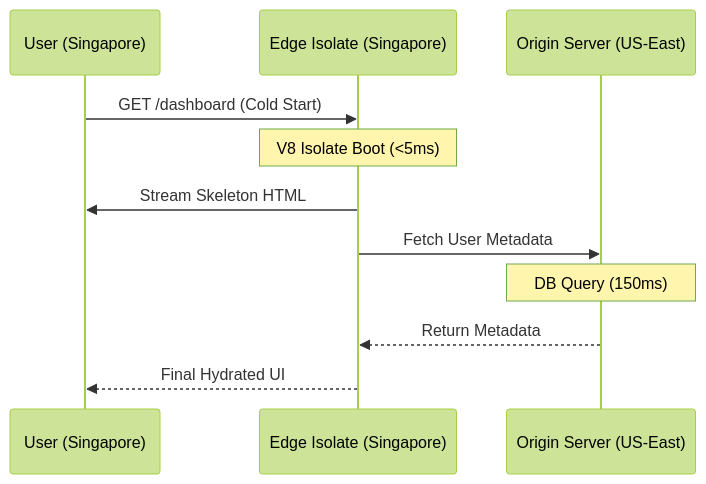
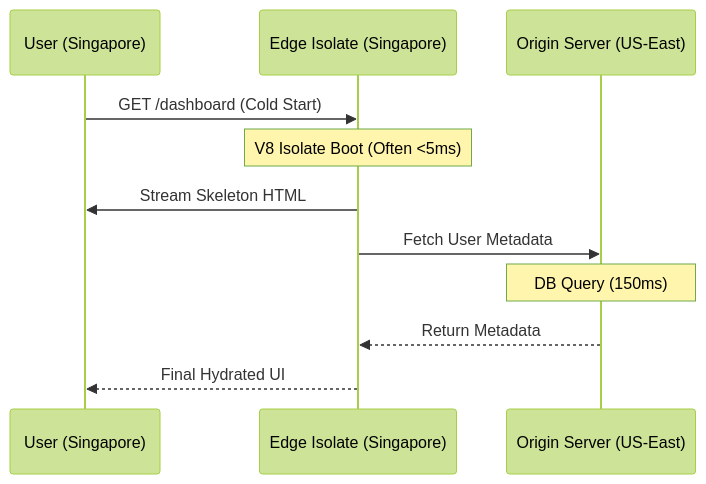
One commit to pradipjarhad/dailydevpost changed the first of 2 diagrams in content/posts/frontend-engineering/edge-computing-cold-start-optimization.mdx. Above: the diagram before and after it, drawn with Mermaid (forest theme). The commit also changed other lines of this file and 42 other files, not shown here.

````diff
--- a/content/posts/frontend-engineering/edge-computing-cold-start-optimization.mdx
+++ b/content/posts/frontend-engineering/edge-computing-cold-start-optimization.mdx
@@ -59,14 +66,14 @@
 ```mermaid
 sequenceDiagram
     participant U as User (Singapore)
     participant E as Edge Isolate (Singapore)
     participant O as Origin Server (US-East)
     
     U->>E: GET /dashboard (Cold Start)
-    Note over E: V8 Isolate Boot (<5ms)
+    Note over E: V8 Isolate Boot (Often <5ms)
     E->>U: Stream Skeleton HTML
     E->>O: Fetch User Metadata
     Note over O: DB Query (150ms)
     O-->>E: Return Metadata
     E-->>U: Final Hydrated UI
 ```
````
